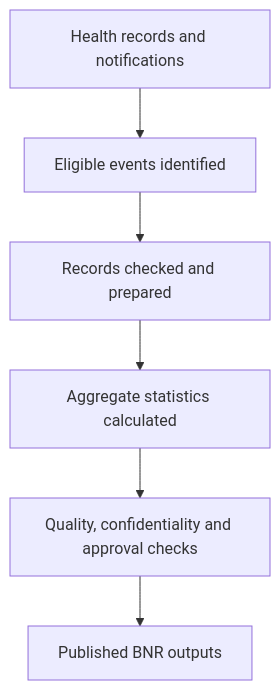
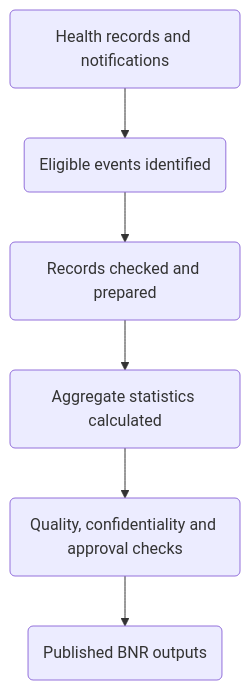
Before and after one commit to UWI-BNR/info-hub: the diagram in site/methods/about/records-to-statistics.qmd, drawn with Mermaid. The commit also changed other lines of this file and 18 other files, not shown here.

````diff
--- a/site/methods/about/records-to-statistics.qmd
+++ b/site/methods/about/records-to-statistics.qmd
@@ -15,8 +15,8 @@
 ```{mermaid}
 flowchart TD
-  A["Health records and notifications"] --> B["Eligible events identified"]
-  B --> C["Records checked and prepared"]
-  C --> D["Aggregate statistics calculated"]
-  D --> E["Quality, confidentiality and approval checks"]
-  E --> F["Published BNR outputs"]
+  A("Health records and notifications") --> B("Eligible events identified")
+  B --> C("Records checked and prepared")
+  C --> D("Aggregate statistics calculated")
+  D --> E("Quality, confidentiality and approval checks")
+  E --> F("Published BNR outputs")
 ```
````
